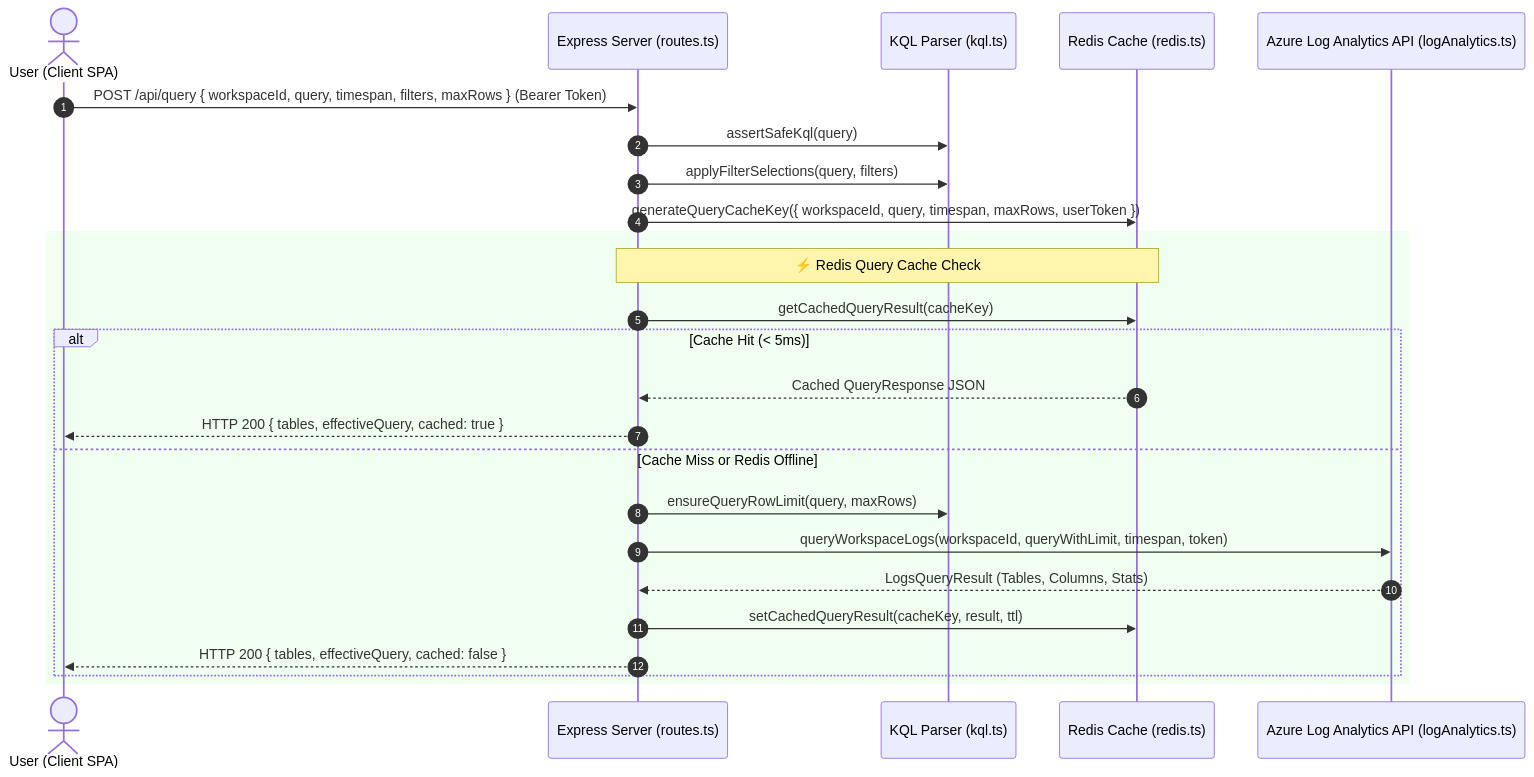
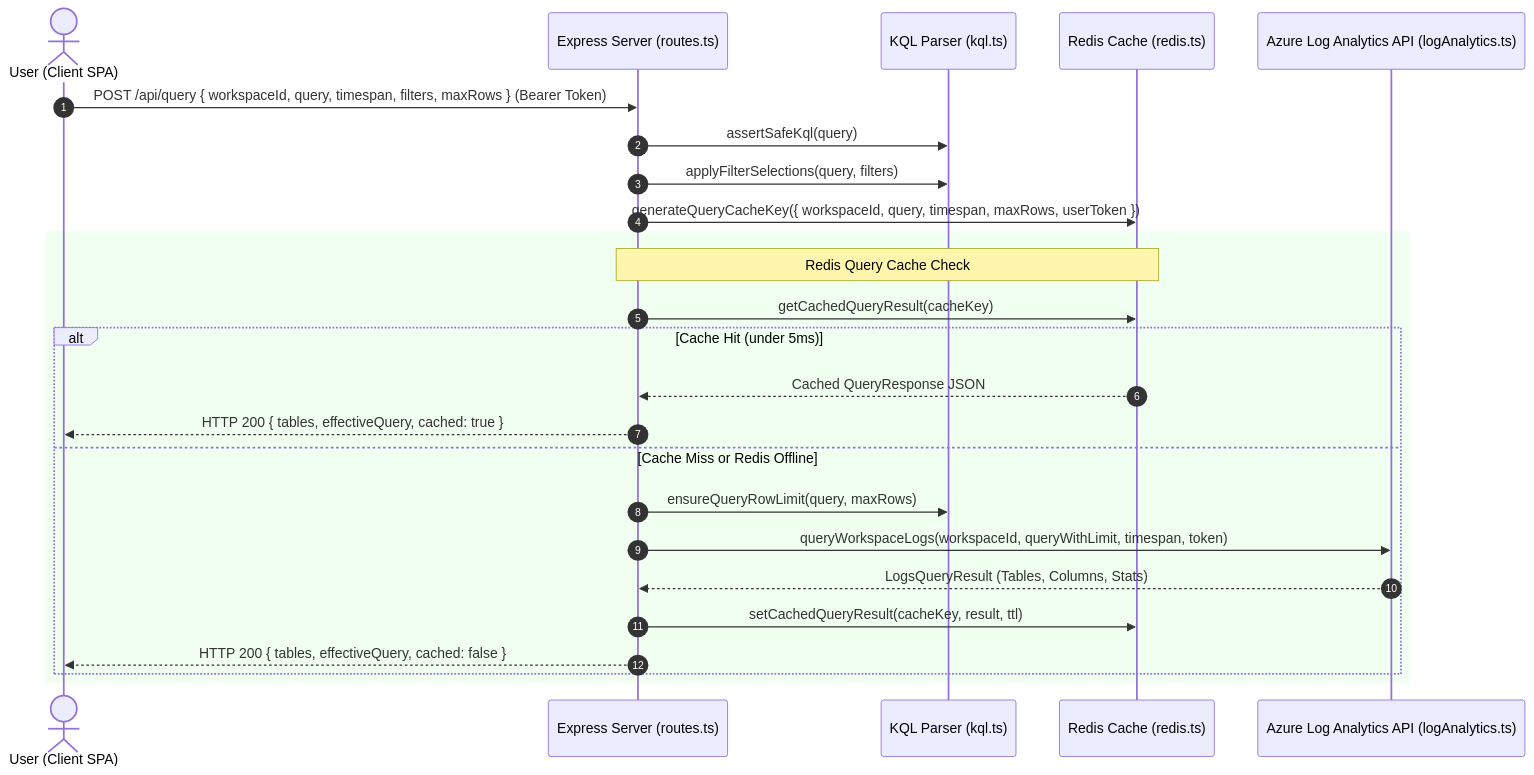
The second of 2 diagrams in server.md (diny1729/LogAnalytics), drawn with Mermaid before and after one commit. The commit also changed other lines of this file and 1 other file, not shown here.

Commit message:
fix(docs): quote edge labels and sanitize sequence diagram tokens in Mermaid diagrams for GitHub rendering

````diff
--- a/server.md
+++ b/server.md
@@ -134,29 +134,29 @@
 ```mermaid
 sequenceDiagram
     autonumber
     actor User as User (Client SPA)
     participant Server as Express Server (routes.ts)
     participant KQL as KQL Parser (kql.ts)
     participant Redis as Redis Cache (redis.ts)
     participant Azure as Azure Log Analytics API (logAnalytics.ts)
 
     User->>Server: POST /api/query { workspaceId, query, timespan, filters, maxRows } (Bearer Token)
     Server->>KQL: assertSafeKql(query)
     Server->>KQL: applyFilterSelections(query, filters)
     Server->>Redis: generateQueryCacheKey({ workspaceId, query, timespan, maxRows, userToken })
     
     rect rgb(240, 255, 240)
-        Note over Server,Redis: ⚡ Redis Query Cache Check
+        Note over Server,Redis: Redis Query Cache Check
         Server->>Redis: getCachedQueryResult(cacheKey)
-        alt Cache Hit (< 5ms)
+        alt Cache Hit (under 5ms)
             Redis-->>Server: Cached QueryResponse JSON
             Server-->>User: HTTP 200 { tables, effectiveQuery, cached: true }
         else Cache Miss or Redis Offline
             Server->>KQL: ensureQueryRowLimit(query, maxRows)
             Server->>Azure: queryWorkspaceLogs(workspaceId, queryWithLimit, timespan, token)
             Azure-->>Server: LogsQueryResult (Tables, Columns, Stats)
             Server->>Redis: setCachedQueryResult(cacheKey, result, ttl)
             Server-->>User: HTTP 200 { tables, effectiveQuery, cached: false }
         end
     end
 ```
````
